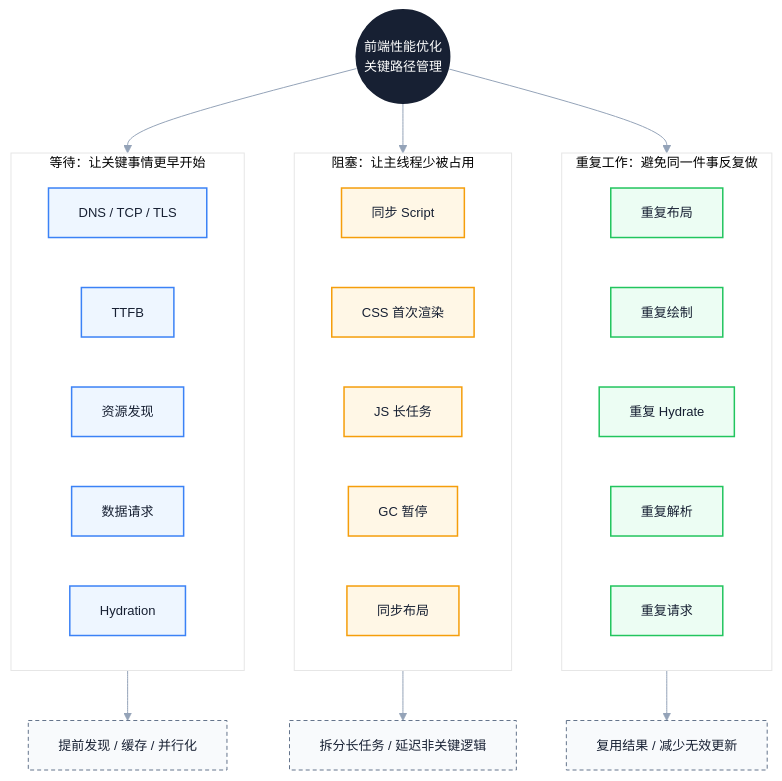
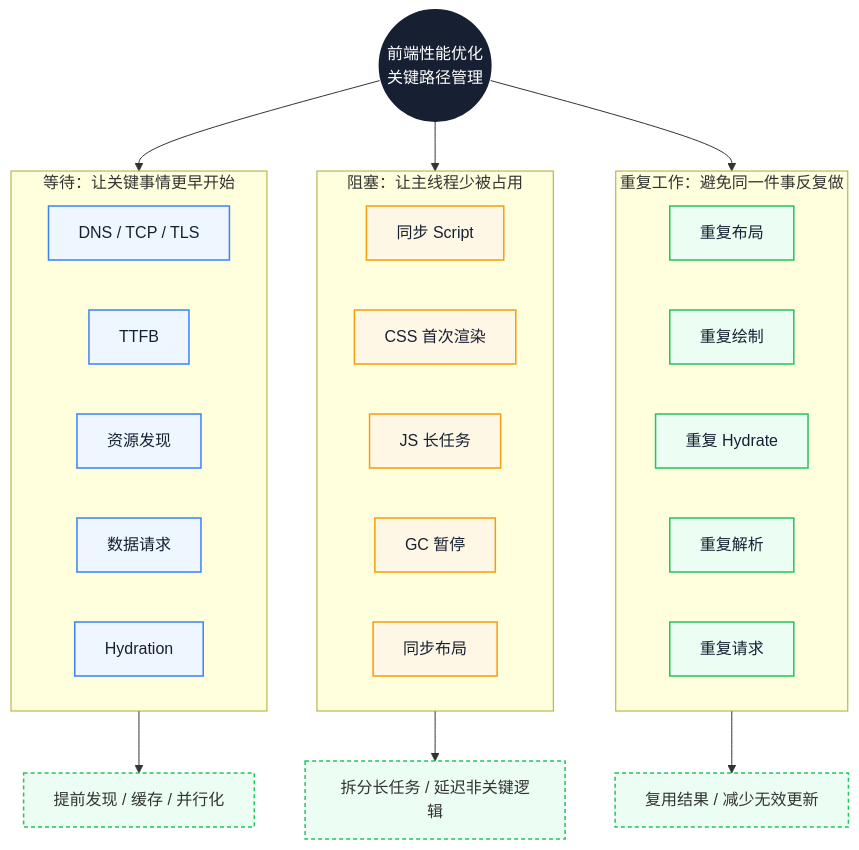
One commit to Fatejian/frontier-vault changed the third of 3 diagrams in docs/performance/critical-path.md. Above: the diagram before and after it, drawn with Mermaid. The commit also changed other lines of this file and 41 other files, not shown here.

````diff
--- a/docs/performance/critical-path.md
+++ b/docs/performance/critical-path.md
@@ -743,49 +622,49 @@
 ```mermaid
-%%{init: {'theme': 'base', 'themeVariables': { 'fontFamily': 'Inter, PingFang SC, Microsoft YaHei, sans-serif', 'primaryColor': '#FFFFFF', 'fontSize': '13px', 'primaryTextColor': '#172033', 'primaryBorderColor': '#CBD5E1', 'lineColor': '#94A3B8'}}}%%
 flowchart TB
     Core((前端性能优化<br/>关键路径管理))
 
     subgraph Wait["等待：让关键事情更早开始"]
-        W1[DNS / TCP / TLS]
+        W1["DNS / TCP / TLS"]
         W2[TTFB]
         W3[资源发现]
         W4[数据请求]
         W5[Hydration]
     end
 
     subgraph Block["阻塞：让主线程少被占用"]
         B1[同步 Script]
         B2[CSS 首次渲染]
         B3[JS 长任务]
         B4[GC 暂停]
         B5[同步布局]
     end
 
     subgraph Repeat["重复工作：避免同一件事反复做"]
         R1[重复布局]
         R2[重复绘制]
         R3[重复 Hydrate]
         R4[重复解析]
         R5[重复请求]
     end
 
     Core --> Wait
     Core --> Block
     Core --> Repeat
 
-    Wait --> Strategy1[提前发现 / 缓存 / 并行化]
-    Block --> Strategy2[拆分长任务 / 延迟非关键逻辑]
-    Repeat --> Strategy3[复用结果 / 减少无效更新]
+    Wait --> Strategy1["提前发现 / 缓存 / 并行化"]
+    Block --> Strategy2["拆分长任务 / 延迟非关键逻辑"]
+    Repeat --> Strategy3["复用结果 / 减少无效更新"]
 
     classDef core fill:#172033,color:#fff,stroke:#172033,stroke-width:2px;
     classDef wait fill:#EEF6FF,stroke:#3B82F6,color:#172033,stroke-width:1.5px;
     classDef block fill:#FFF7E6,stroke:#F59E0B,color:#172033,stroke-width:1.5px;
-    classDef repeat fill:#ECFDF3,stroke:#22C55E,color:#172033,stroke-width:1.5px;
-    classDef strategy fill:#F8FAFC,stroke:#64748B,color:#172033,stroke-dasharray: 4 3;
+    classDef work fill:#ECFDF3,stroke:#22C55E,color:#172033,stroke-width:1.5px;
 
     class Core core;
     class W1,W2,W3,W4,W5 wait;
     class B1,B2,B3,B4,B5 block;
-    class R1,R2,R3,R4,R5 repeat;
-    class Strategy1,Strategy2,Strategy3 strategy;
+    class R1,R2,R3,R4,R5 work;
+    style Strategy1 fill:#ECFDF3,stroke:#22C55E,stroke-width:1.5px,stroke-dasharray: 4 3
+    style Strategy2 fill:#ECFDF3,stroke:#22C55E,stroke-width:1.5px,stroke-dasharray: 4 3
+    style Strategy3 fill:#ECFDF3,stroke:#22C55E,stroke-width:1.5px,stroke-dasharray: 4 3
 ```
````
